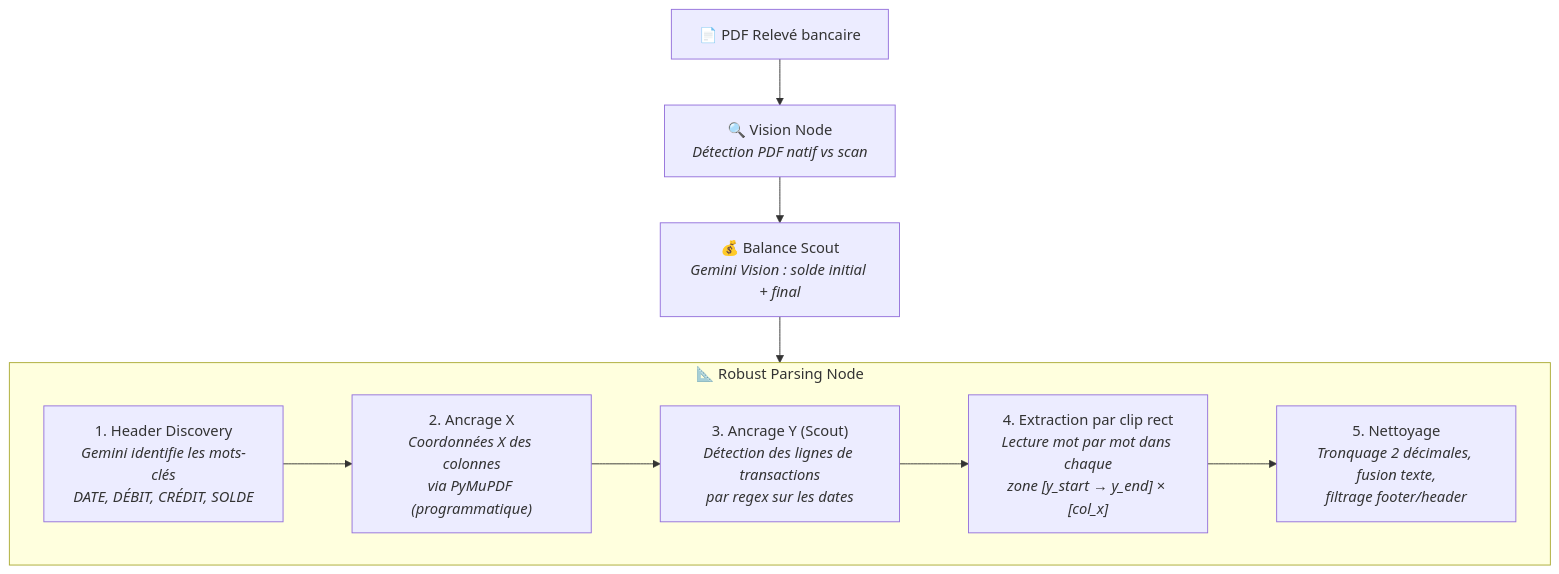
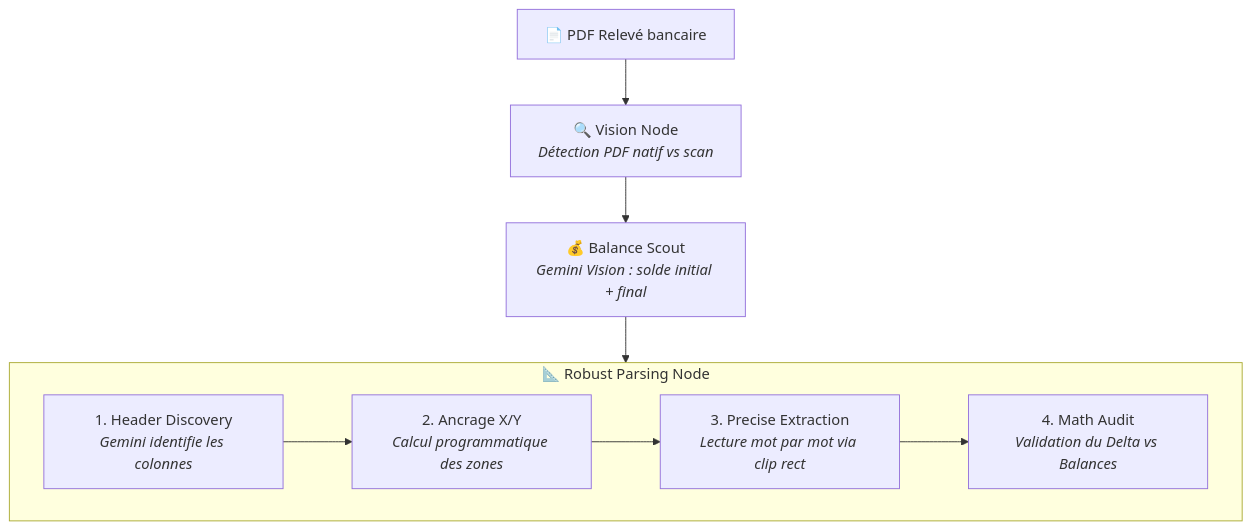
Before and after one commit to jknebel/Association_compta: the first of 2 diagrams in README.md, drawn with Mermaid. The commit also changed other lines of this file, not shown here.

Commit message:
Update README with new architecture and Gemini 2.5 details

````diff
--- a/README.md
+++ b/README.md
@@ -37,15 +36,14 @@
 ```mermaid
 graph TD
     A["📄 PDF Relevé bancaire"] --> B["🔍 Vision Node<br/><i>Détection PDF natif vs scan</i>"]
     B --> C["💰 Balance Scout<br/><i>Gemini Vision : solde initial + final</i>"]
     C --> D["📐 Robust Parsing Node"]
     
     subgraph D["📐 Robust Parsing Node"]
-        D1["1. Header Discovery<br/><i>Gemini identifie les mots-clés<br/>DATE, DÉBIT, CRÉDIT, SOLDE</i>"]
-        D2["2. Ancrage X<br/><i>Coordonnées X des colonnes<br/>via PyMuPDF (programmatique)</i>"]
-        D3["3. Ancrage Y (Scout)<br/><i>Détection des lignes de transactions<br/>par regex sur les dates</i>"]
-        D4["4. Extraction par clip rect<br/><i>Lecture mot par mot dans chaque<br/>zone [y_start → y_end] × [col_x]</i>"]
-        D5["5. Nettoyage<br/><i>Tronquage 2 décimales, fusion texte,<br/>filtrage footer/header</i>"]
-        D1 --> D2 --> D3 --> D4 --> D5
+        D1["1. Header Discovery<br/><i>Gemini identifie les colonnes</i>"]
+        D2["2. Ancrage X/Y<br/><i>Calcul programmatique des zones</i>"]
+        D3["3. Precise Extraction<br/><i>Lecture mot par mot via clip rect</i>"]
+        D4["4. Math Audit<br/><i>Validation du Delta vs Balances</i>"]
+        D1 --> D2 --> D3 --> D4
     end
 ```
````
